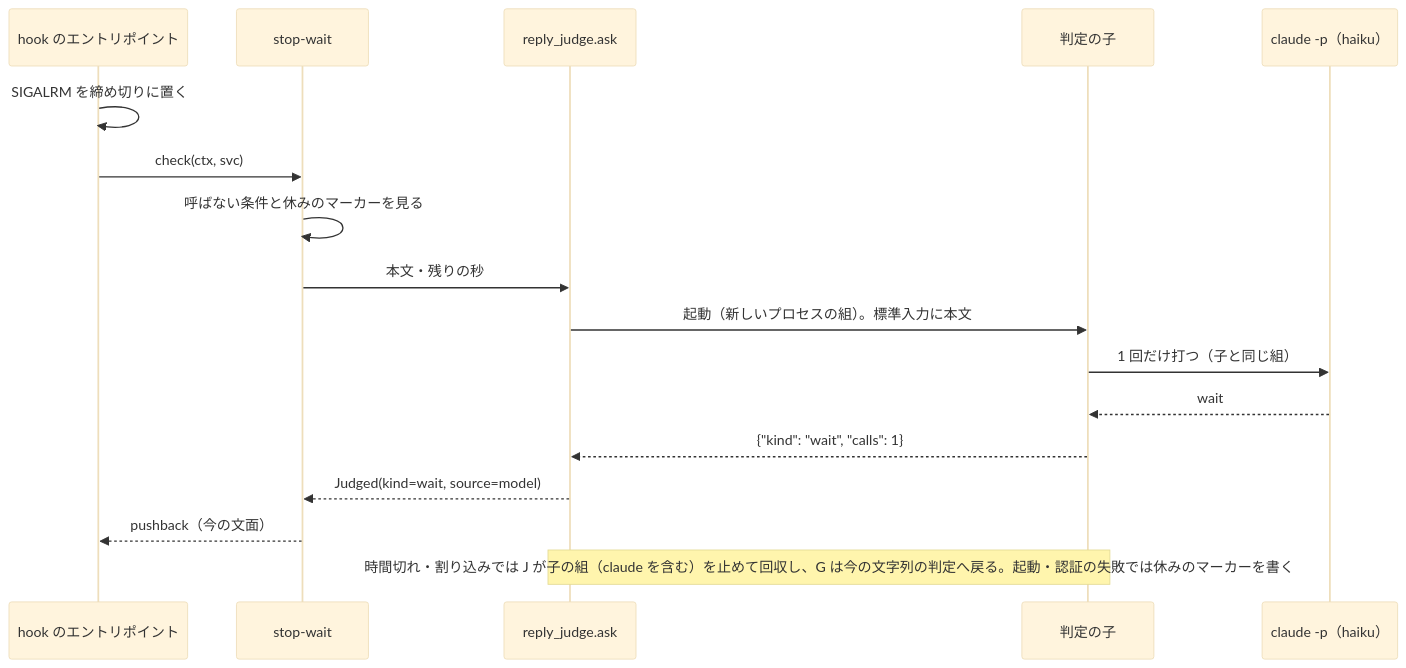
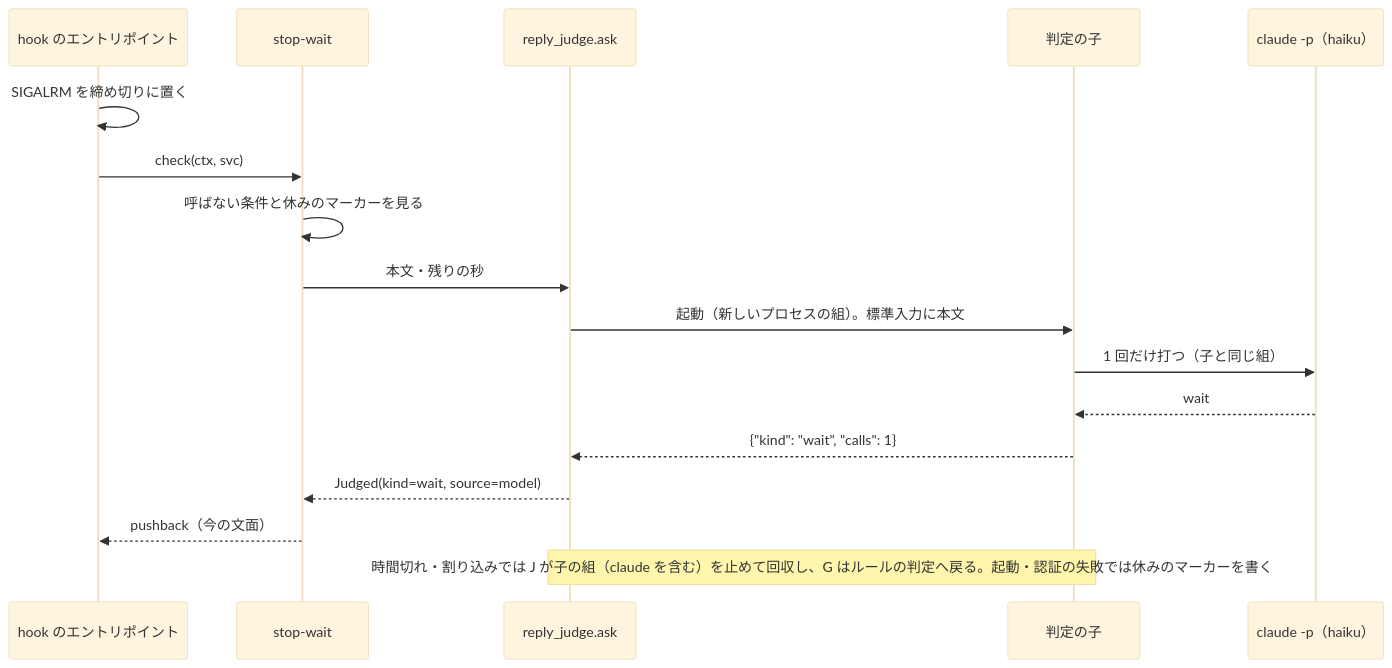
One commit to devbasex/ai-plugins changed the third of 3 diagrams in issues/issue-4000-design.md. Above: the diagram before and after it, drawn with Mermaid (base theme). The commit also changed other lines of this file and 5 other files, not shown here.

````diff
--- a/issues/issue-4000-design.md
+++ b/issues/issue-4000-design.md
@@ -89,19 +94,19 @@
 ```mermaid
 sequenceDiagram
   participant M as hook のエントリポイント
   participant G as stop-wait
   participant J as reply_judge.ask
   participant C as 判定の子
   participant L as claude -p（haiku）
   M->>M: SIGALRM を締め切りに置く
   M->>G: check(ctx, svc)
   G->>G: 呼ばない条件と休みのマーカーを見る
   G->>J: 本文・残りの秒
   J->>C: 起動（新しいプロセスの組）。標準入力に本文
   C->>L: 1 回だけ打つ（子と同じ組）
   L-->>C: wait
   C-->>J: {"kind": "wait", "calls": 1}
   J-->>G: Judged(kind=wait, source=model)
   G-->>M: pushback（今の文面）
-  Note over J,C: 時間切れ・割り込みでは J が子の組（claude を含む）を止めて回収し、G は今の文字列の判定へ戻る。起動・認証の失敗では休みのマーカーを書く
+  Note over J,C: 時間切れ・割り込みでは J が子の組（claude を含む）を止めて回収し、G はルールの判定へ戻る。起動・認証の失敗では休みのマーカーを書く
 ```
````
